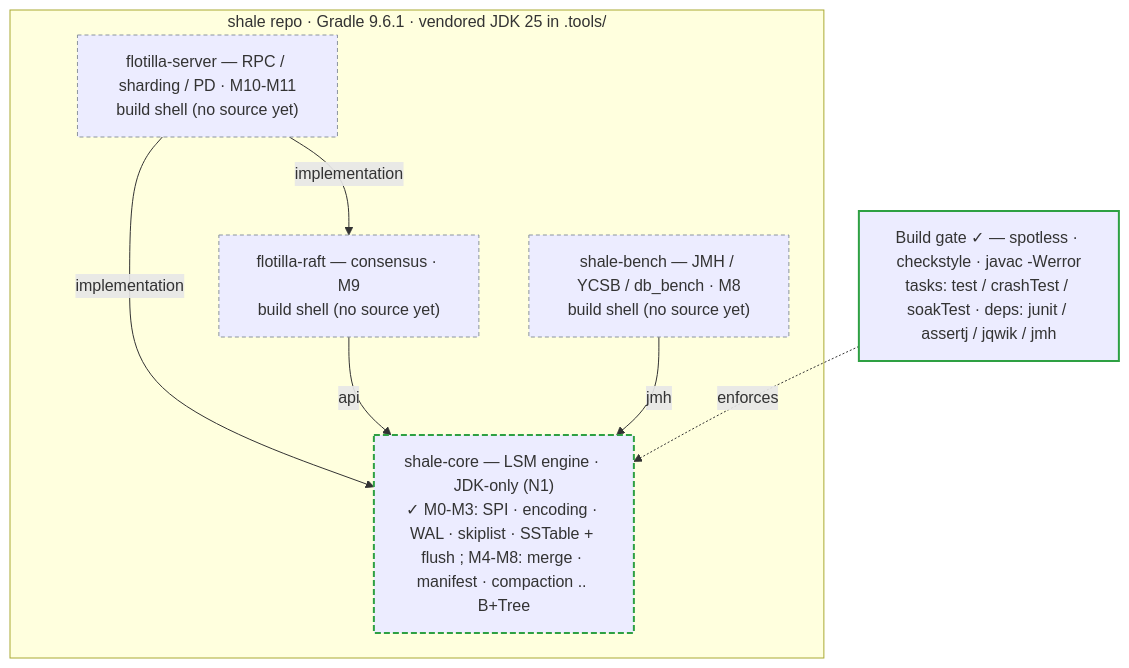
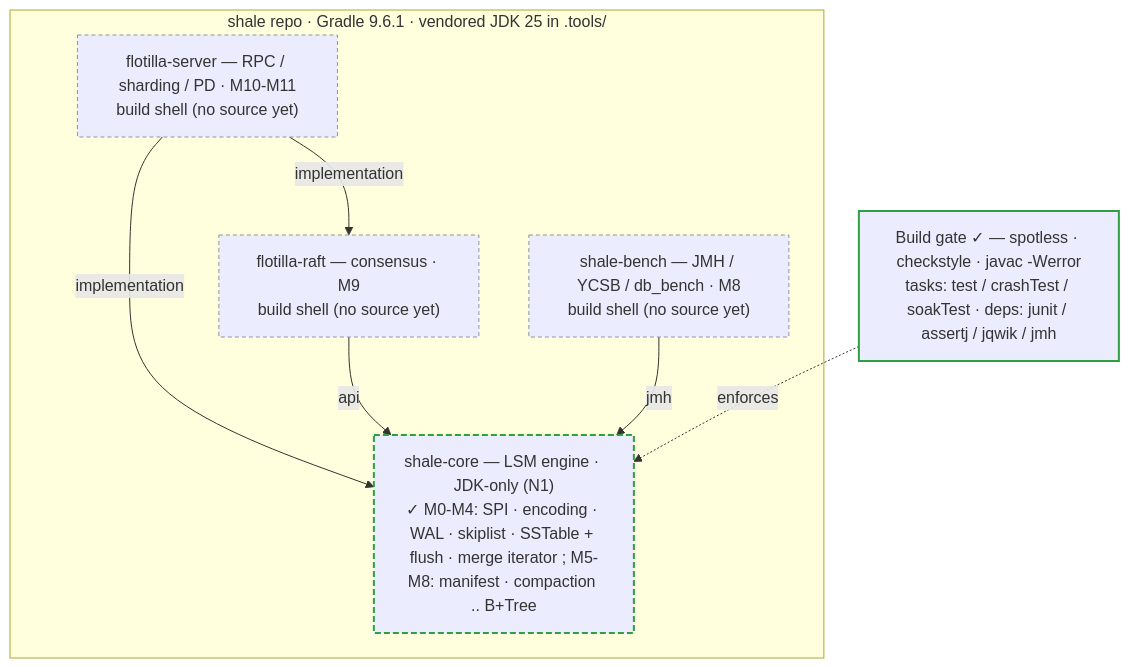
One commit to rahul-j0shi/shale changed the first of 4 diagrams in README.md. Above: the diagram before and after it, drawn with Mermaid. The commit also changed other lines of this file and 8 other files, not shown here.

````diff
--- a/README.md
+++ b/README.md
@@ -74,19 +79,19 @@
 ```mermaid
 flowchart TB
   subgraph repo["shale repo · Gradle 9.6.1 · vendored JDK 25 in .tools/"]
-    core["shale-core — LSM engine · JDK-only (N1)<br/>✓ M0-M3: SPI · encoding · WAL · skiplist · SSTable + flush ; M4-M8: merge · manifest · compaction .. B+Tree"]:::part
+    core["shale-core — LSM engine · JDK-only (N1)<br/>✓ M0-M4: SPI · encoding · WAL · skiplist · SSTable + flush · merge iterator ; M5-M8: manifest · compaction .. B+Tree"]:::part
     bench["shale-bench — JMH / YCSB / db_bench · M8<br/>build shell (no source yet)"]:::plan
     raft["flotilla-raft — consensus · M9<br/>build shell (no source yet)"]:::plan
     server["flotilla-server — RPC / sharding / PD · M10-M11<br/>build shell (no source yet)"]:::plan
   end
   server -->|implementation| raft
   server -->|implementation| core
   raft -->|api| core
   bench -->|jmh| core
   gate["Build gate ✓ — spotless · checkstyle · javac -Werror<br/>tasks: test / crashTest / soakTest · deps: junit / assertj / jqwik / jmh"]:::done
   gate -. enforces .-> core
 
   classDef done stroke:#2ea043,stroke-width:2px;
   classDef part stroke:#2ea043,stroke-width:2px,stroke-dasharray:6 3;
   classDef plan stroke:#8b949e,stroke-width:1px,stroke-dasharray:4 3;
 ```
````
